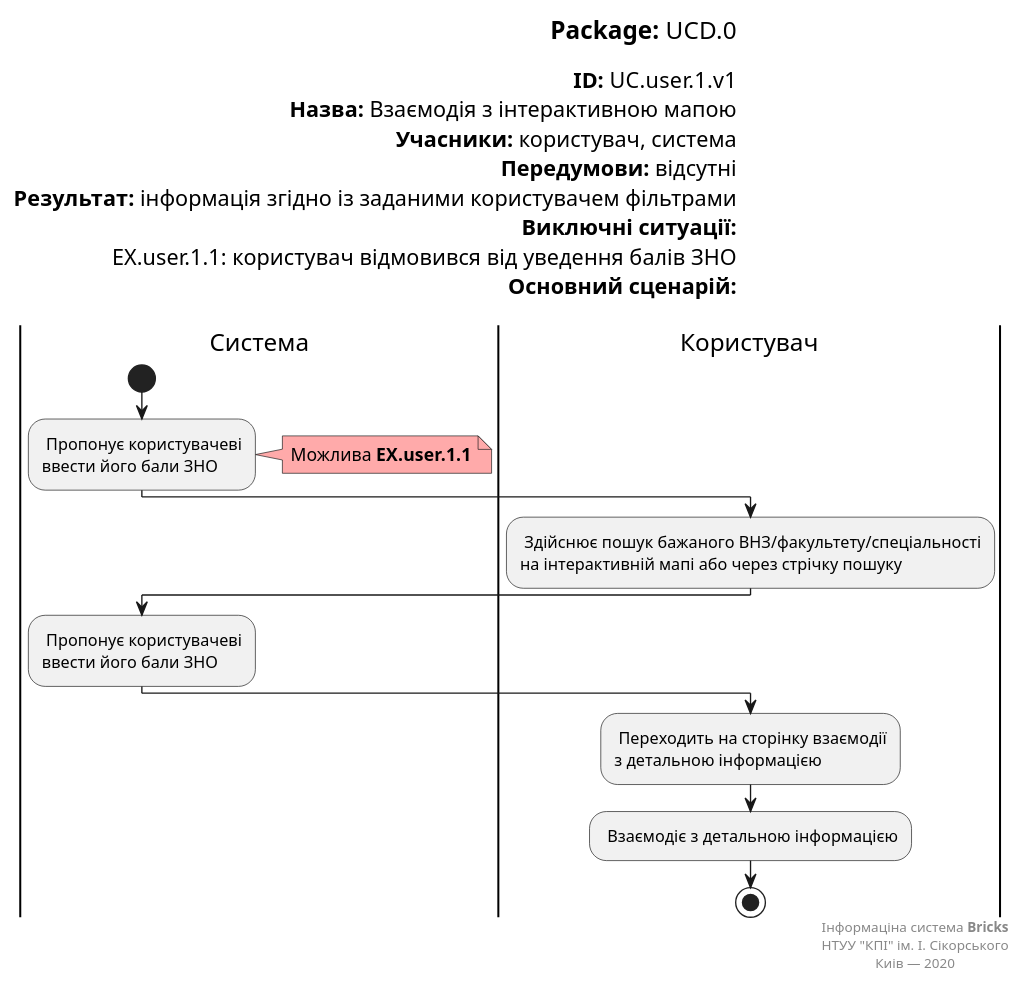
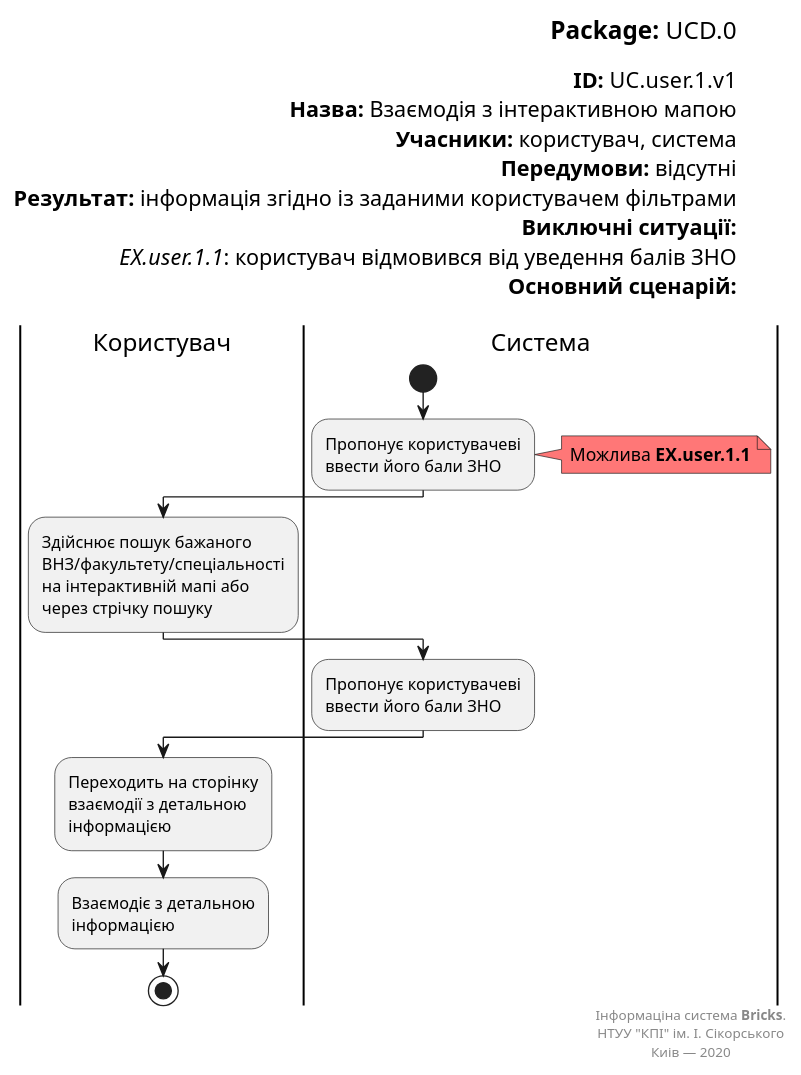
One commit to Julia-Orlova/Bricks changed the diagram in docs/use cases/UC.user.1.puml. Above: the diagram before and after it, drawn with PlantUML.

```diff
--- a/docs/use cases/UC.user.1.puml
+++ b/docs/use cases/UC.user.1.puml
@@ -1,49 +1,58 @@
 @startuml
 
     left header
         <font color=000 size=18><b>Package:</b> UCD.0
         
         <font color=000 size=16><b>ID:</b> UC.user.1.v1
         <font color=000 size=16><b>Назва:</b> Взаємодія з інтерактивною мапою
         <font color=000 size=16><b>Учасники:</b> користувач, система
         <font color=000 size=16><b>Передумови:</b> відсутні
         <font color=000 size=16><b>Результат:</b> інформація згідно із заданими користувачем фільтрами
         <font color=000 size=16><b>Виключні ситуації:</b>
-        <font color=000 size=16>    EX.user.1.1: користувач відмовився від уведення балів ЗНО
+        <font color=000 size=16>    <i>EX.user.1.1</i>: користувач відмовився від уведення балів ЗНО
         <font color=000 size=16><b>Основний сценарій:</b>
 
     end header
 
+    |Користувач|
+
     |Система|
-        start
-        
-        : Пропонує користувачеві
+        start;
+
+        :Пропонує користувачеві
         ввести його бали ЗНО;
         
-        note right #faa
+        note right #f77
         Можлива <b>EX.user.1.1</b>
         end note
         
     |Користувач|
-        : Здійснює пошук бажаного ВНЗ/факультету/спеціальності
-        на інтерактивній мапі або через стрічку пошуку;
+
+        :Здійснює пошук бажаного
+        ВНЗ/факультету/спеціальності
+        на інтерактивній мапі або
+        через стрічку пошуку;
 
     |Система|
-        : Пропонує користувачеві
+
+        :Пропонує користувачеві
         ввести його бали ЗНО;
 
     |Користувач|
-        : Переходить на сторінку взаємодії
-        з детальною інформацією;
 
-        : Взаємодіє з детальною інформацією;
+        :Переходить на сторінку
+        взаємодії з детальною
+        інформацією;
+
+        :Взаємодіє з детальною
+        інформацією;
 
         stop;
 
     right footer
-        Інформаціна система <b>Bricks</b>
+        Інформаціна система <b>Bricks</b>.
         НТУУ "КПІ" ім. І. Сікорського
         Киів — 2020
     end footer
 
 @enduml
```
